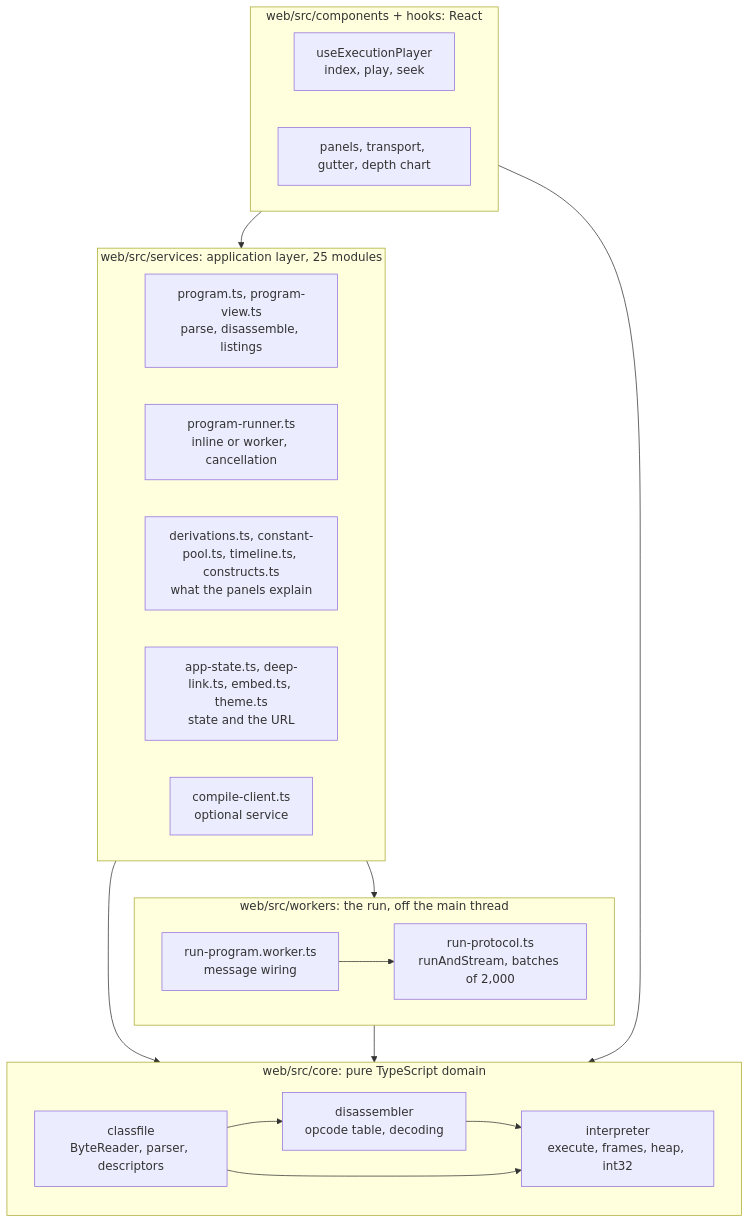
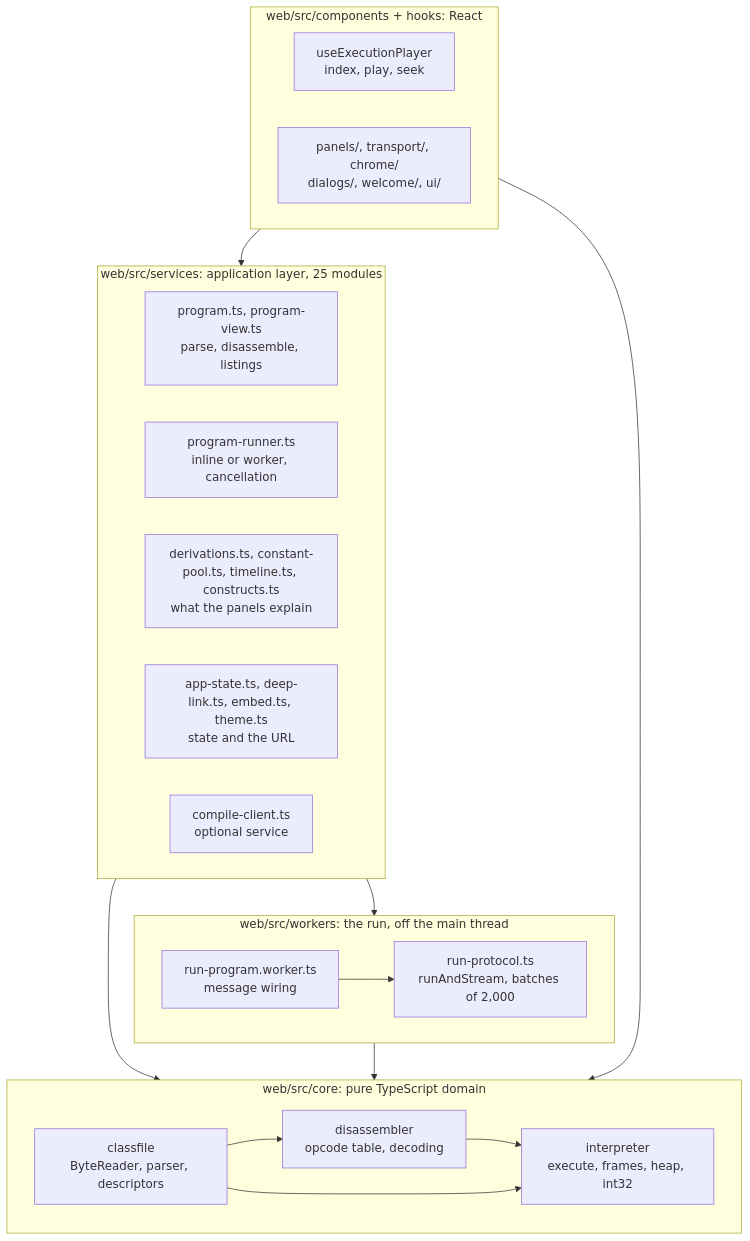
One commit to mblaszczykowski/JVM-Bytecode-Visualizer changed the first of 3 diagrams in docs/architecture.md. Above: the diagram before and after it, drawn with Mermaid. The commit also changed 126 other files, not shown here.

````diff
--- a/docs/architecture.md
+++ b/docs/architecture.md
@@ -12,32 +12,32 @@
 ```mermaid
 flowchart TD
   subgraph core["web/src/core: pure TypeScript domain"]
     classfile["classfile<br/>ByteReader, parser, descriptors"]
     disassembler["disassembler<br/>opcode table, decoding"]
     interpreter["interpreter<br/>execute, frames, heap, int32"]
     classfile --> disassembler
     disassembler --> interpreter
     classfile --> interpreter
   end
   subgraph worker["web/src/workers: the run, off the main thread"]
     protocol["run-protocol.ts<br/>runAndStream, batches of 2,000"]
     shim["run-program.worker.ts<br/>message wiring"]
     shim --> protocol
   end
   subgraph app["web/src/services: application layer, 25 modules"]
     program["program.ts, program-view.ts<br/>parse, disassemble, listings"]
     runner["program-runner.ts<br/>inline or worker, cancellation"]
     derive["derivations.ts, constant-pool.ts, timeline.ts, constructs.ts<br/>what the panels explain"]
     state["app-state.ts, deep-link.ts, embed.ts, theme.ts<br/>state and the URL"]
     compileClient["compile-client.ts<br/>optional service"]
   end
   subgraph ui["web/src/components + hooks: React"]
     player["useExecutionPlayer<br/>index, play, seek"]
-    panels["panels, transport, gutter, depth chart"]
+    panels["panels/, transport/, chrome/<br/>dialogs/, welcome/, ui/"]
   end
   app --> core
   app --> worker
   worker --> core
   ui --> app
   ui --> core
 ```
````
